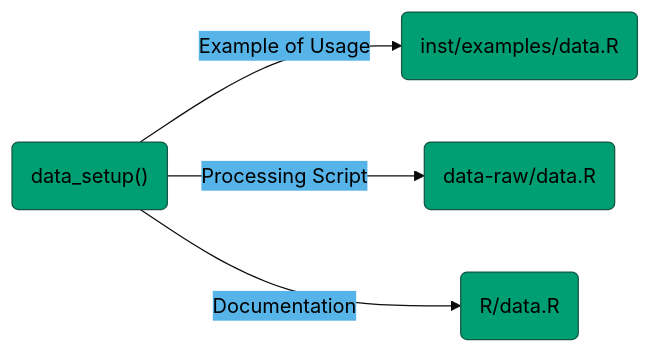
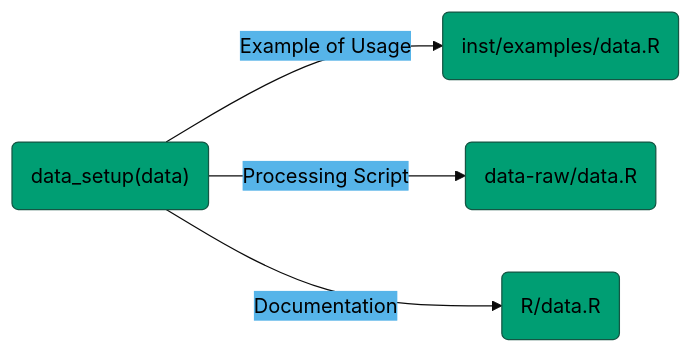
The diagram in README.md (ABohynDOE/HSDS), drawn with Mermaid before and after one commit. The commit also changed other lines of this file and 1 other file, not shown here.

````diff
--- a/README.md
+++ b/README.md
@@ -137,17 +141,17 @@
 ``` mermaid
 %%{
   init: {
     'theme': 'base',
     'themeVariables': {
       'primaryColor': '#009E73',
       'primaryTextColor': '#000000',
       'secondaryColor': '#56B4E9'
     }
   }
 }%%
 
 flowchart LR
-    A("data_setup()") -->|Example of Usage| B(inst/examples/data.R)
+    A("data_setup(data)") -->|Example of Usage| B(inst/examples/data.R)
     A -->|Processing Script| C(data-raw/data.R)
     A -->|Documentation| D(R/data.R)
 ```
````
